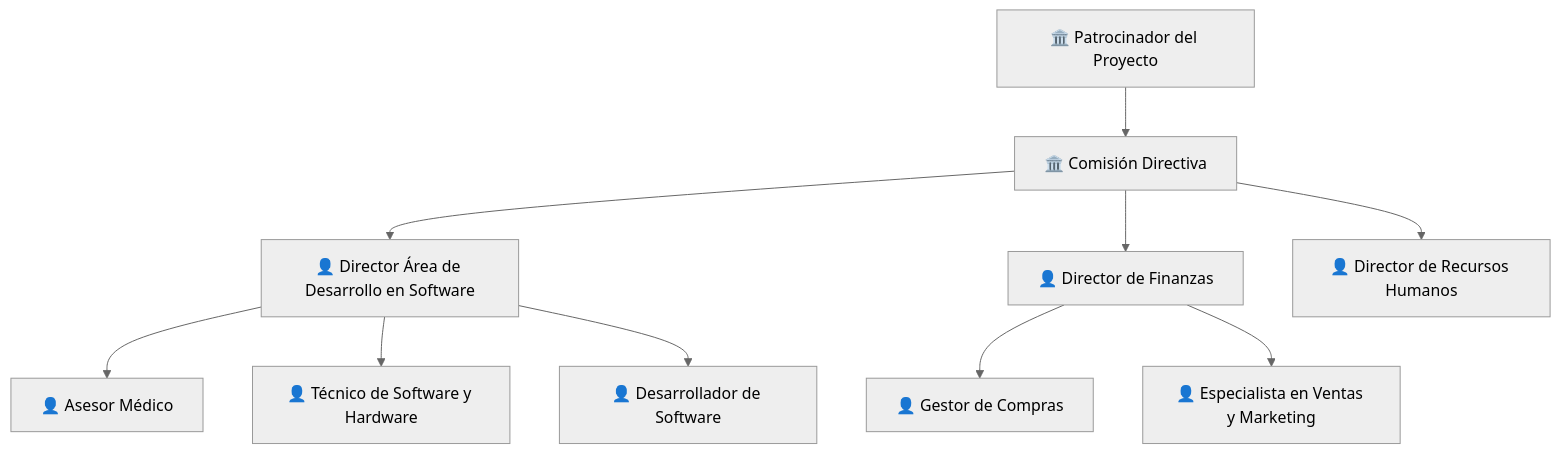
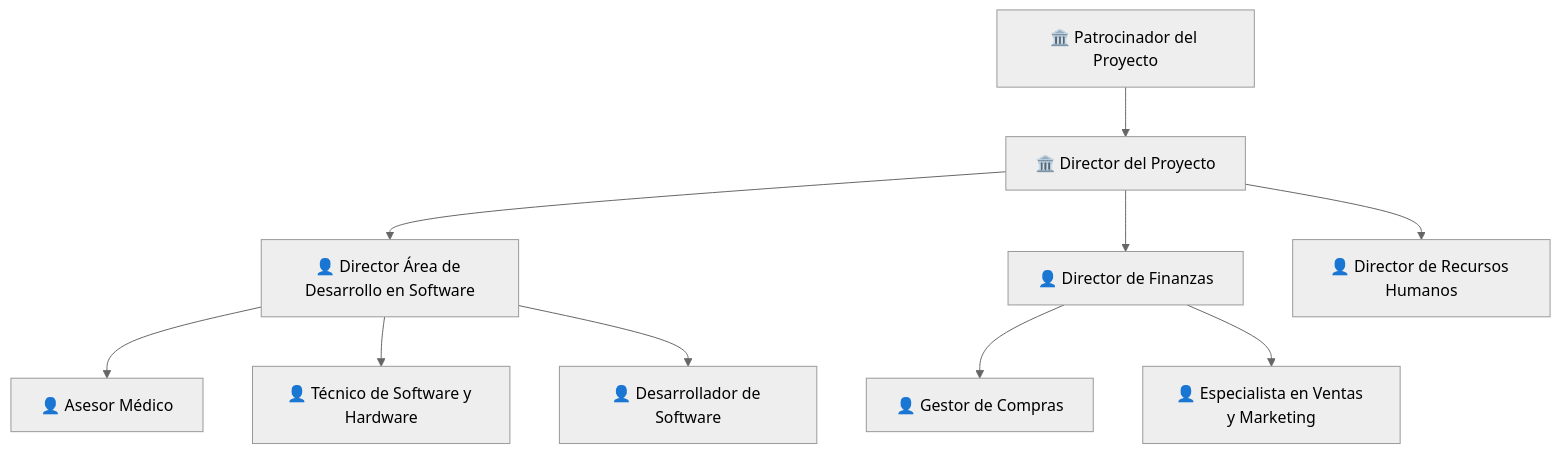
The diagram in docs/01-plan-inicial/organizacion.md (TomasGonzalez1204/plan-proyecto-gp-uner), drawn with Mermaid (neutral theme) before and after one commit. The commit also changed other lines of this file, not shown here.

Commit message:
Revise project team roles and responsibilities
Updated project team roles and responsibilities, replacing 'Comisión Directiva' with 'Director del Proyecto' and adjusting descriptions accordingly.

````diff
--- a/docs/01-plan-inicial/organizacion.md
+++ b/docs/01-plan-inicial/organizacion.md
@@ -44,28 +44,28 @@
 ```mermaid
 graph TD
     Z["🏛️ Patrocinador del Proyecto"]
-    A["🏛️ Comisión Directiva"]
+    A["🏛️ Director del Proyecto"]
 
     B["👤 Director Área de Desarrollo en Software"]
     C["👤 Director de Finanzas"]
     D["👤 Director de Recursos Humanos"]
 
     E["👤 Asesor Médico"]
     F["👤 Técnico de Software y Hardware"]
     G["👤 Desarrollador de Software"]
 
     H["👤 Gestor de Compras"]
     I["👤 Especialista en Ventas y Marketing"]
 
     Z --> A
     A --> B
     A --> C
     A --> D
 
     B --> E
     B --> F
     B --> G
 
     C --> H
     C --> I
 ```
````
